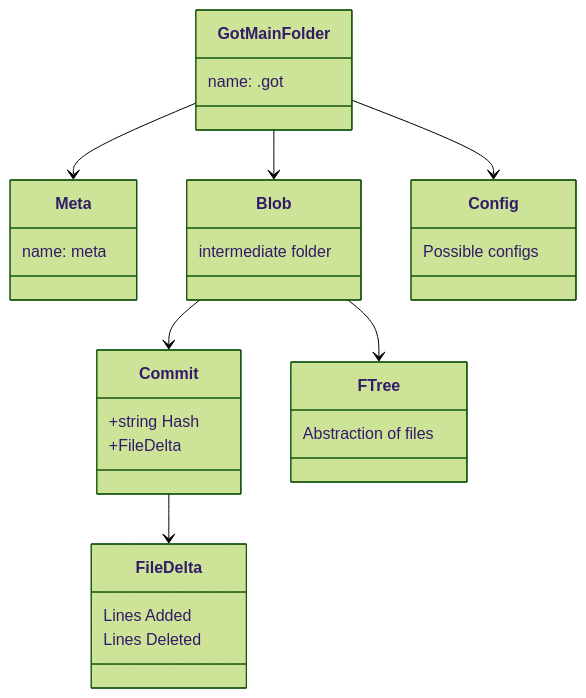
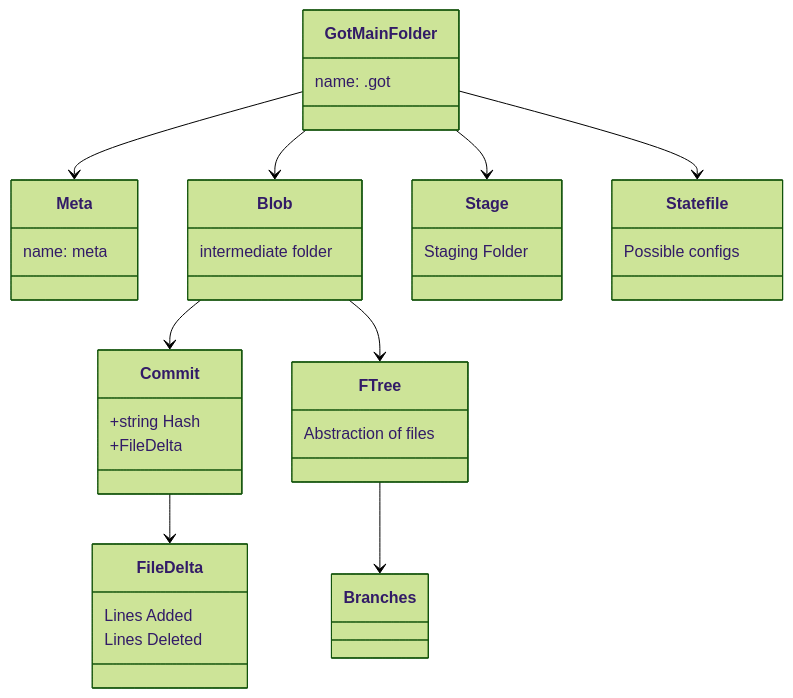
The diagram in README.md (Nifri2/got), drawn with Mermaid (forest theme) before and after one commit. The commit also changed other lines of this file and 4 other files, not shown here.

````diff
--- a/README.md
+++ b/README.md
@@ -7,32 +9,38 @@
 ```mermaid
 classDiagram
     GotMainFolder --> Meta
     GotMainFolder --> Blob
+    GotMainFolder --> Stage
+
     Blob --> Commit
     Commit --> FileDelta
     Blob --> FTree
-    GotMainFolder --> Config
+    FTree --> Branches
+    GotMainFolder --> Statefile
     class GotMainFolder {
         name: .got
     }
     class Meta {
         name: meta
     }
     class Commit {
         +string Hash
         +FileDelta
     }
     class FTree {
         Abstraction of files
     }
     class FileDelta {
         Lines Added
         Lines Deleted
     }
     class Blob {
         intermediate folder
     }
-    class Config {
+    class Statefile {
         Possible configs
     }
+    class Stage {
+        Staging Folder
+    }
 ```
````
